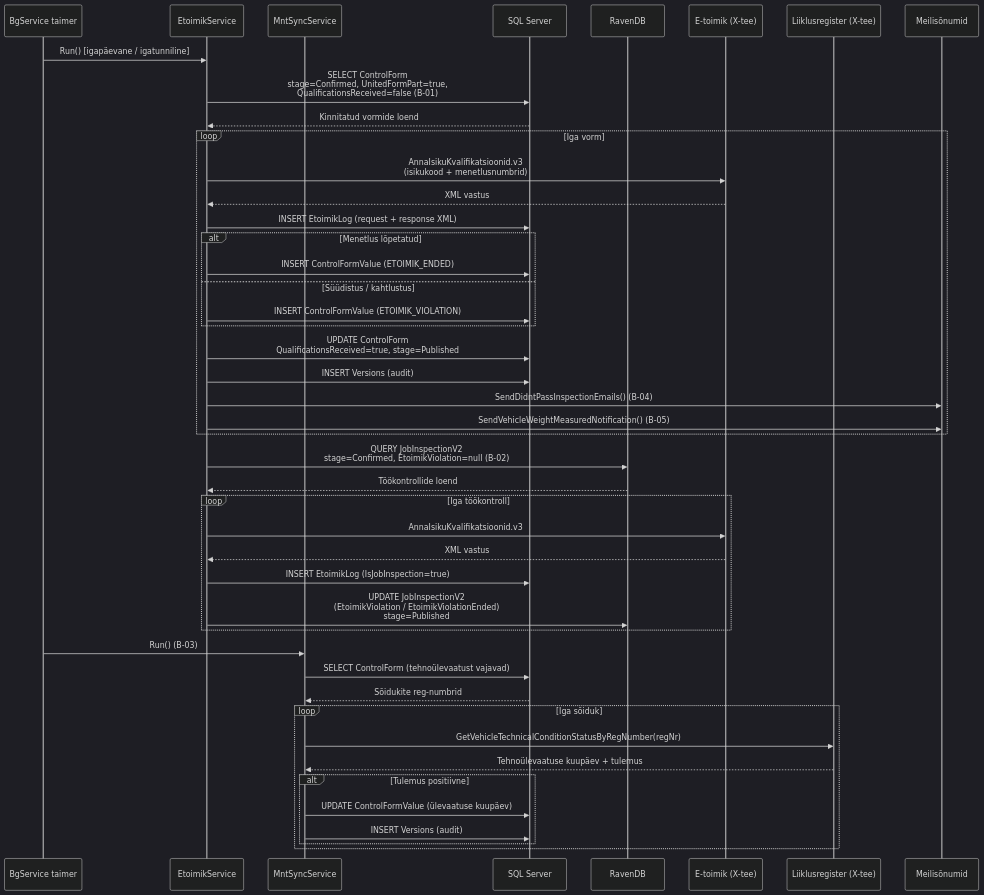
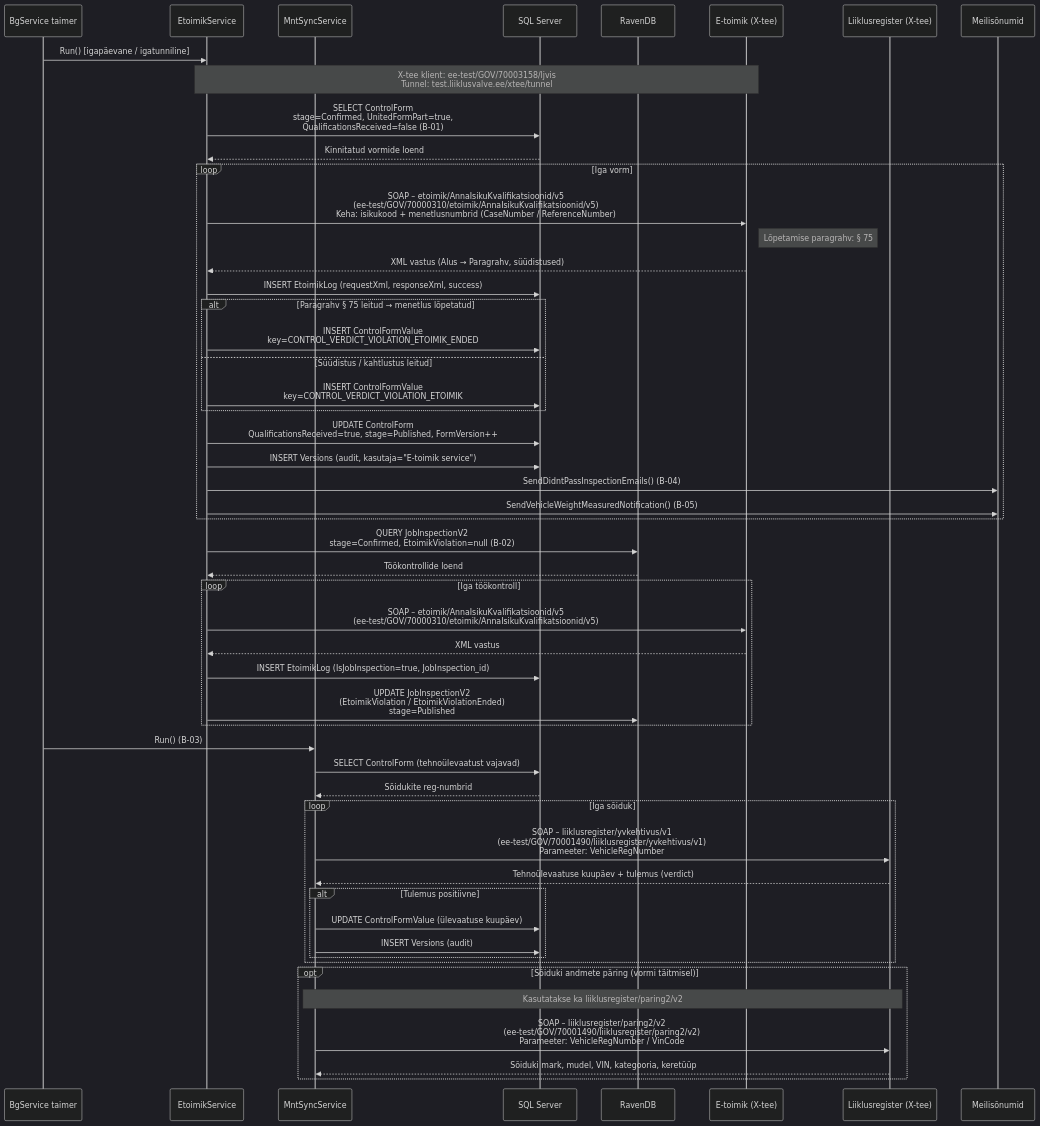
Diagram 19 of 19 in architecture/use-cases.md (kemit-ee/ljvis-2), drawn with Mermaid (dark theme) before and after one commit. The commit also changed other lines of this file, not shown here.

Commit message:
updated usecases with xtee info

````diff
--- a/architecture/use-cases.md
+++ b/architecture/use-cases.md
@@ -867,57 +900,66 @@
 ```mermaid
 sequenceDiagram
     participant Timer as BgService taimer
     participant EtoimikSvc as EtoimikService
     participant MntSvc as MntSyncService
     participant DB as SQL Server
     participant Raven as RavenDB
     participant Etoimik as E-toimik (X-tee)
     participant MNT as Liiklusregister (X-tee)
     participant Mail as Meilisõnumid
 
     Timer->>EtoimikSvc: Run() [igapäevane / igatunniline]
 
+    Note over EtoimikSvc,Etoimik: X-tee klient: ee-test/GOV/70003158/ljvis<br/>Tunnel: test.liiklusvalve.ee/xtee/tunnel
+
     EtoimikSvc->>DB: SELECT ControlForm<br/>stage=Confirmed, UnitedFormPart=true,<br/>QualificationsReceived=false (B-01)
     DB-->>EtoimikSvc: Kinnitatud vormide loend
 
     loop Iga vorm
-        EtoimikSvc->>Etoimik: AnnaIsikuKvalifikatsioonid.v3<br/>(isikukood + menetlusnumbrid)
-        Etoimik-->>EtoimikSvc: XML vastus
+        EtoimikSvc->>Etoimik: SOAP – etoimik/AnnaIsikuKvalifikatsioonid/v5<br/>(ee-test/GOV/70000310/etoimik/AnnaIsikuKvalifikatsioonid/v5)<br/>Keha: isikukood + menetlusnumbrid (CaseNumber / ReferenceNumber)
+        Note right of Etoimik: Lõpetamise paragrahv: § 75
+        Etoimik-->>EtoimikSvc: XML vastus (Alus → Paragrahv, süüdistused)
 
-        EtoimikSvc->>DB: INSERT EtoimikLog (request + response XML)
+        EtoimikSvc->>DB: INSERT EtoimikLog (requestXml, responseXml, success)
 
-        alt Menetlus lõpetatud
-            EtoimikSvc->>DB: INSERT ControlFormValue (ETOIMIK_ENDED)
-        else Süüdistus / kahtlustus
-            EtoimikSvc->>DB: INSERT ControlFormValue (ETOIMIK_VIOLATION)
+        alt Paragrahv § 75 leitud → menetlus lõpetatud
+            EtoimikSvc->>DB: INSERT ControlFormValue<br/>key=CONTROL_VERDICT_VIOLATION_ETOIMIK_ENDED
+        else Süüdistus / kahtlustus leitud
+            EtoimikSvc->>DB: INSERT ControlFormValue<br/>key=CONTROL_VERDICT_VIOLATION_ETOIMIK
         end
 
-        EtoimikSvc->>DB: UPDATE ControlForm<br/>QualificationsReceived=true, stage=Published
-        EtoimikSvc->>DB: INSERT Versions (audit)
+        EtoimikSvc->>DB: UPDATE ControlForm<br/>QualificationsReceived=true, stage=Published, FormVersion++
+        EtoimikSvc->>DB: INSERT Versions (audit, kasutaja="E-toimik service")
         EtoimikSvc->>Mail: SendDidntPassInspectionEmails() (B-04)
         EtoimikSvc->>Mail: SendVehicleWeightMeasuredNotification() (B-05)
     end
 
     EtoimikSvc->>Raven: QUERY JobInspectionV2<br/>stage=Confirmed, EtoimikViolation=null (B-02)
     Raven-->>EtoimikSvc: Töökontrollide loend
 
     loop Iga töökontroll
-        EtoimikSvc->>Etoimik: AnnaIsikuKvalifikatsioonid.v3
+        EtoimikSvc->>Etoimik: SOAP – etoimik/AnnaIsikuKvalifikatsioonid/v5<br/>(ee-test/GOV/70000310/etoimik/AnnaIsikuKvalifikatsioonid/v5)
         Etoimik-->>EtoimikSvc: XML vastus
-        EtoimikSvc->>DB: INSERT EtoimikLog (IsJobInspection=true)
+        EtoimikSvc->>DB: INSERT EtoimikLog (IsJobInspection=true, JobInspection_id)
         EtoimikSvc->>Raven: UPDATE JobInspectionV2<br/>(EtoimikViolation / EtoimikViolationEnded)<br/>stage=Published
     end
 
     Timer->>MntSvc: Run() (B-03)
     MntSvc->>DB: SELECT ControlForm (tehnoülevaatust vajavad)
     DB-->>MntSvc: Sõidukite reg-numbrid
 
     loop Iga sõiduk
-        MntSvc->>MNT: GetVehicleTechnicalConditionStatusByRegNumber(regNr)
-        MNT-->>MntSvc: Tehnoülevaatuse kuupäev + tulemus
+        MntSvc->>MNT: SOAP – liiklusregister/yvkehtivus/v1<br/>(ee-test/GOV/70001490/liiklusregister/yvkehtivus/v1)<br/>Parameeter: VehicleRegNumber
+        MNT-->>MntSvc: Tehnoülevaatuse kuupäev + tulemus (verdict)
         alt Tulemus positiivne
             MntSvc->>DB: UPDATE ControlFormValue (ülevaatuse kuupäev)
             MntSvc->>DB: INSERT Versions (audit)
         end
     end
+
+    opt Sõiduki andmete päring (vormi täitmisel)
+        Note over MntSvc,MNT: Kasutatakse ka liiklusregister/paring2/v2
+        MntSvc->>MNT: SOAP – liiklusregister/paring2/v2<br/>(ee-test/GOV/70001490/liiklusregister/paring2/v2)<br/>Parameeter: VehicleRegNumber / VinCode
+        MNT-->>MntSvc: Sõiduki mark, mudel, VIN, kategooria, keretüüp
+    end
 ```
````
